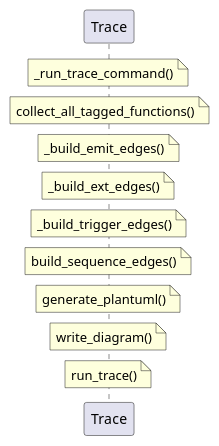
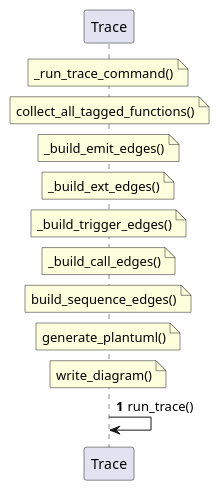
Before and after one commit to tvanfossen/doxygen-guard: the diagram in docs/generated/sequences/REQ-TRACE-001.puml, drawn with PlantUML. The commit also changed 7 other files, not shown here.

First line of the commit message:
Call graph from body scanning: real sequence diagrams

```diff
--- a/docs/generated/sequences/REQ-TRACE-001.puml
+++ b/docs/generated/sequences/REQ-TRACE-001.puml
@@ -1,16 +1,18 @@
 @startuml REQ-TRACE-001
 autonumber
 
 participant "Trace" as Trace
 
 note over Trace: _run_trace_command()
 note over Trace: collect_all_tagged_functions()
 note over Trace: _build_emit_edges()
 note over Trace: _build_ext_edges()
 note over Trace: _build_trigger_edges()
+note over Trace: _build_call_edges()
 note over Trace: build_sequence_edges()
 note over Trace: generate_plantuml()
 note over Trace: write_diagram()
-note over Trace: run_trace()
+
+Trace -> Trace: run_trace()
 
 @enduml
```
